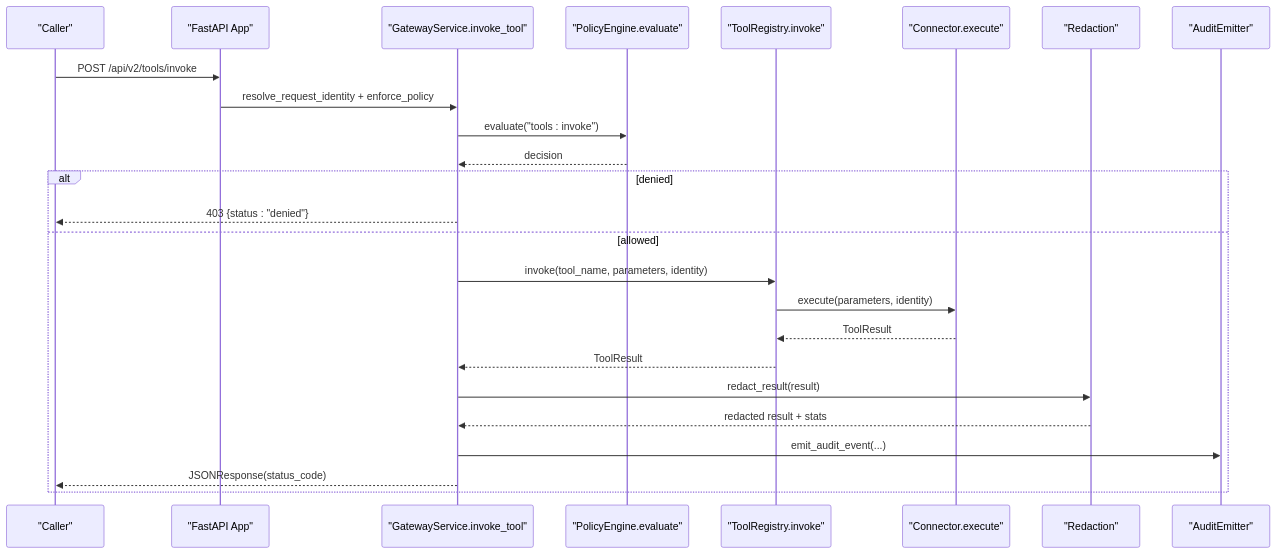
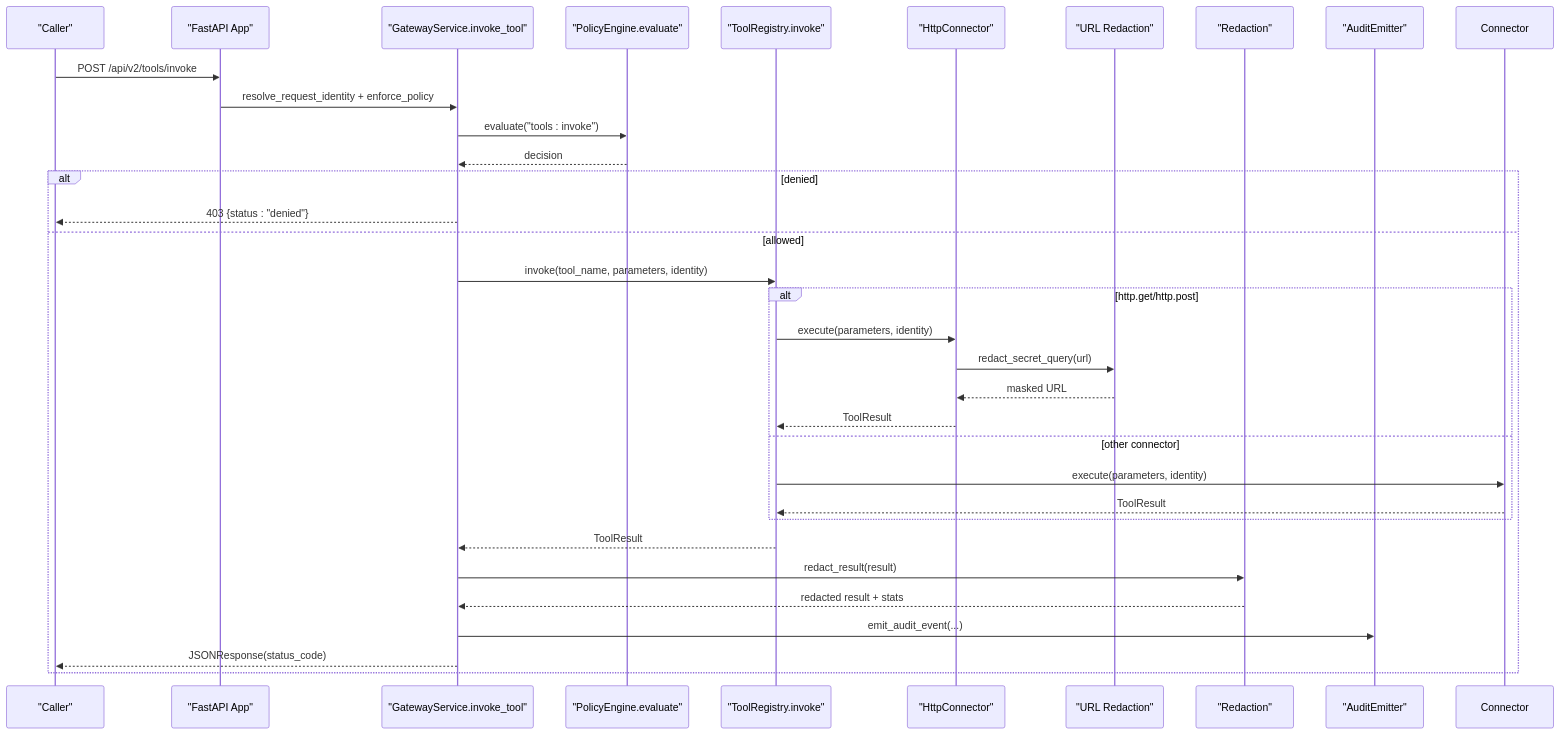
One commit to metasync/luban-aiops changed the second of 10 diagrams in .qoder/repowiki/en/content/Core Services/Tool Gateway/Tool Gateway.md. Above: the diagram before and after it, drawn with Mermaid. The commit also changed other lines of this file and 102 other files, not shown here.

````diff
--- a/.qoder/repowiki/en/content/Core Services/Tool Gateway/Tool Gateway.md
+++ b/.qoder/repowiki/en/content/Core Services/Tool Gateway/Tool Gateway.md
@@ -99,27 +121,35 @@
 ```mermaid
 sequenceDiagram
 participant Client as "Caller"
 participant Gateway as "FastAPI App"
 participant Service as "GatewayService.invoke_tool"
 participant Policy as "PolicyEngine.evaluate"
 participant Registry as "ToolRegistry.invoke"
-participant Connector as "Connector.execute"
+participant HttpConn as "HttpConnector"
+participant UrlRedact as "URL Redaction"
 participant Redact as "Redaction"
 participant Audit as "AuditEmitter"
 Client->>Gateway : POST /api/v2/tools/invoke
 Gateway->>Service : resolve_request_identity + enforce_policy
 Service->>Policy : evaluate("tools : invoke")
 Policy-->>Service : decision
 alt denied
 Service-->>Client : 403 {status : "denied"}
 else allowed
 Service->>Registry : invoke(tool_name, parameters, identity)
+alt http.get/http.post
+Registry->>HttpConn : execute(parameters, identity)
+HttpConn->>UrlRedact : redact_secret_query(url)
+UrlRedact-->>HttpConn : masked URL
+HttpConn-->>Registry : ToolResult
+else other connector
 Registry->>Connector : execute(parameters, identity)
 Connector-->>Registry : ToolResult
+end
 Registry-->>Service : ToolResult
 Service->>Redact : redact_result(result)
 Redact-->>Service : redacted result + stats
 Service->>Audit : emit_audit_event(...)
 Service-->>Client : JSONResponse(status_code)
 end
 ```
````
